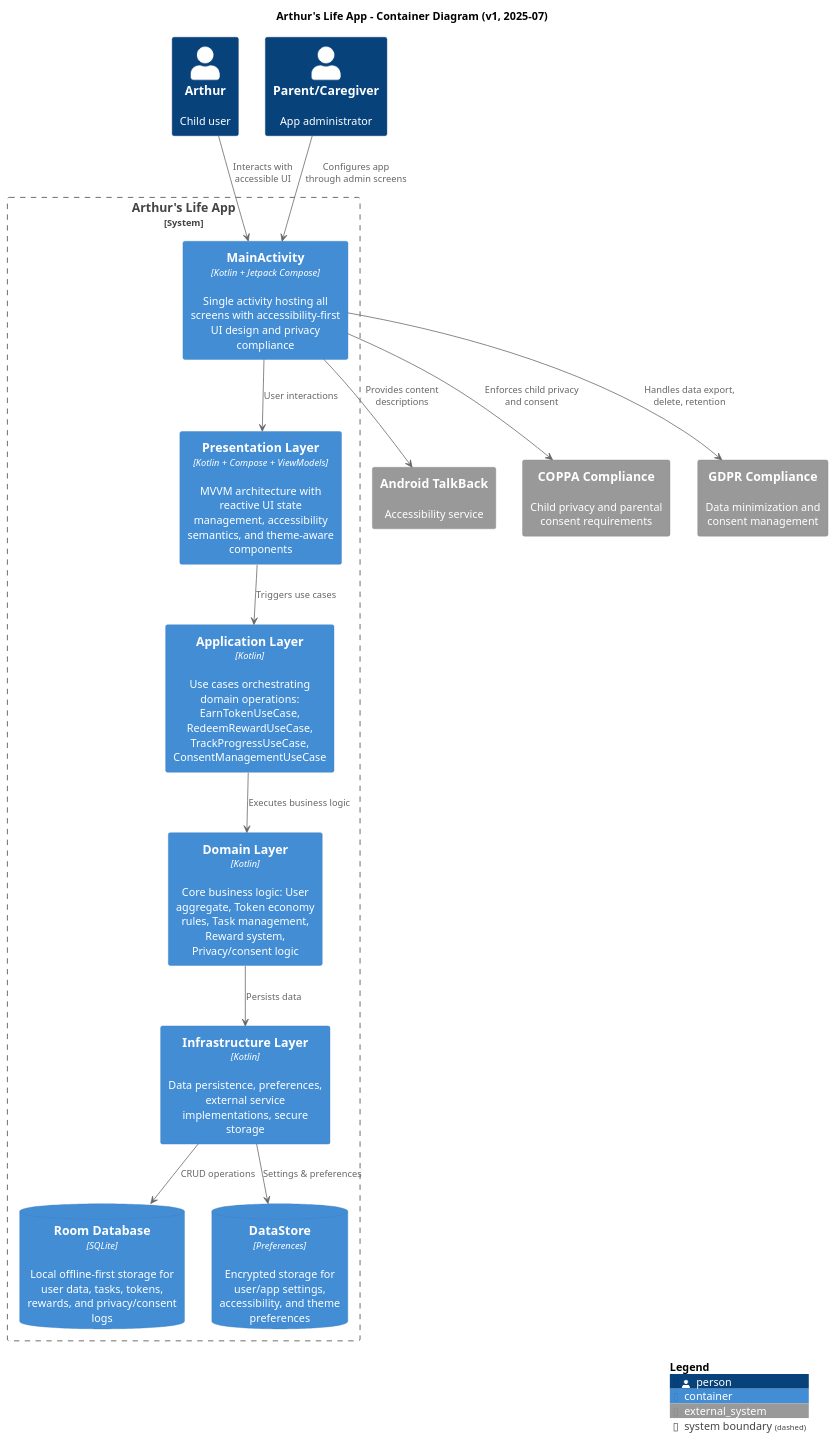
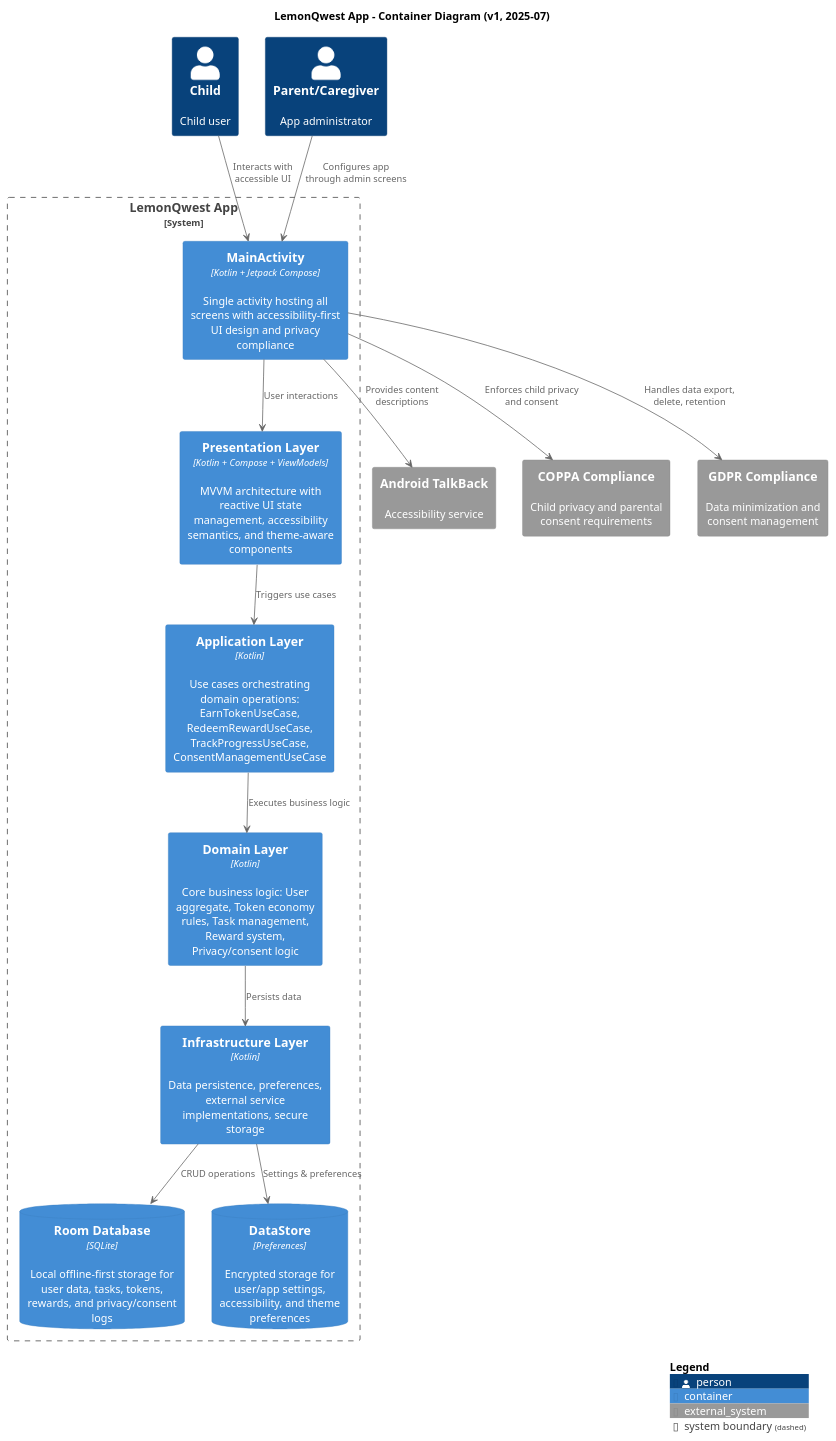
Before and after one commit to almeidaraphael/arthurs-life-app: the diagram in docs/diagrams/c4-container.puml, drawn with PlantUML. The commit also changed 778 other files, not shown here.

First line of the commit message:
refactor: rename Arthurs Life App to LemonQwest across codebase and documentation

```diff
--- a/docs/diagrams/c4-container.puml
+++ b/docs/diagrams/c4-container.puml
@@ -1,37 +1,37 @@
 @startuml c4-container
 !includeurl https://raw.githubusercontent.com/plantuml-stdlib/C4-PlantUML/master/C4_Container.puml
 
 LAYOUT_WITH_LEGEND()
 
-title Arthur's Life App - Container Diagram (v1, 2025-07)
+title LemonQwest App - Container Diagram (v1, 2025-07)
 
-Person(arthur, "Arthur", "Child user")
+Person(child, "Child", "Child user")
 Person(parent, "Parent/Caregiver", "App administrator")
 System_Ext(talkback, "Android TalkBack", "Accessibility service")
 System_Ext(coppa, "COPPA Compliance", "Child privacy and parental consent requirements")
 System_Ext(gdpr, "GDPR Compliance", "Data minimization and consent management")
 
-System_Boundary(arthurslife, "Arthur's Life App") {
+System_Boundary(lemonqwest, "LemonQwest App") {
   Container(mainactivity, "MainActivity", "Kotlin + Jetpack Compose", "Single activity hosting all screens with accessibility-first UI design and privacy compliance")
   Container(presentation, "Presentation Layer", "Kotlin + Compose + ViewModels", "MVVM architecture with reactive UI state management, accessibility semantics, and theme-aware components")
   Container(application, "Application Layer", "Kotlin", "Use cases orchestrating domain operations: EarnTokenUseCase, RedeemRewardUseCase, TrackProgressUseCase, ConsentManagementUseCase")
   Container(domain, "Domain Layer", "Kotlin", "Core business logic: User aggregate, Token economy rules, Task management, Reward system, Privacy/consent logic")
   Container(infrastructure, "Infrastructure Layer", "Kotlin", "Data persistence, preferences, external service implementations, secure storage")
   ContainerDb(roomdb, "Room Database", "SQLite", "Local offline-first storage for user data, tasks, tokens, rewards, and privacy/consent logs")
   ContainerDb(datastore, "DataStore", "Preferences", "Encrypted storage for user/app settings, accessibility, and theme preferences")
 }
 
-arthur --> mainactivity : "Interacts with\naccessible UI"
+child --> mainactivity : "Interacts with\naccessible UI"
 parent --> mainactivity : "Configures app\nthrough admin screens"
 mainactivity --> talkback : "Provides content\ndescriptions"
 mainactivity --> coppa : "Enforces child privacy\nand consent"
 mainactivity --> gdpr : "Handles data export,\ndelete, retention"
 mainactivity --> presentation : "User interactions"
 presentation --> application : "Triggers use cases"
 application --> domain : "Executes business logic"
 domain --> infrastructure : "Persists data"
 infrastructure --> roomdb : "CRUD operations"
 infrastructure --> datastore : "Settings & preferences"
 
 SHOW_LEGEND()
 @enduml
```
